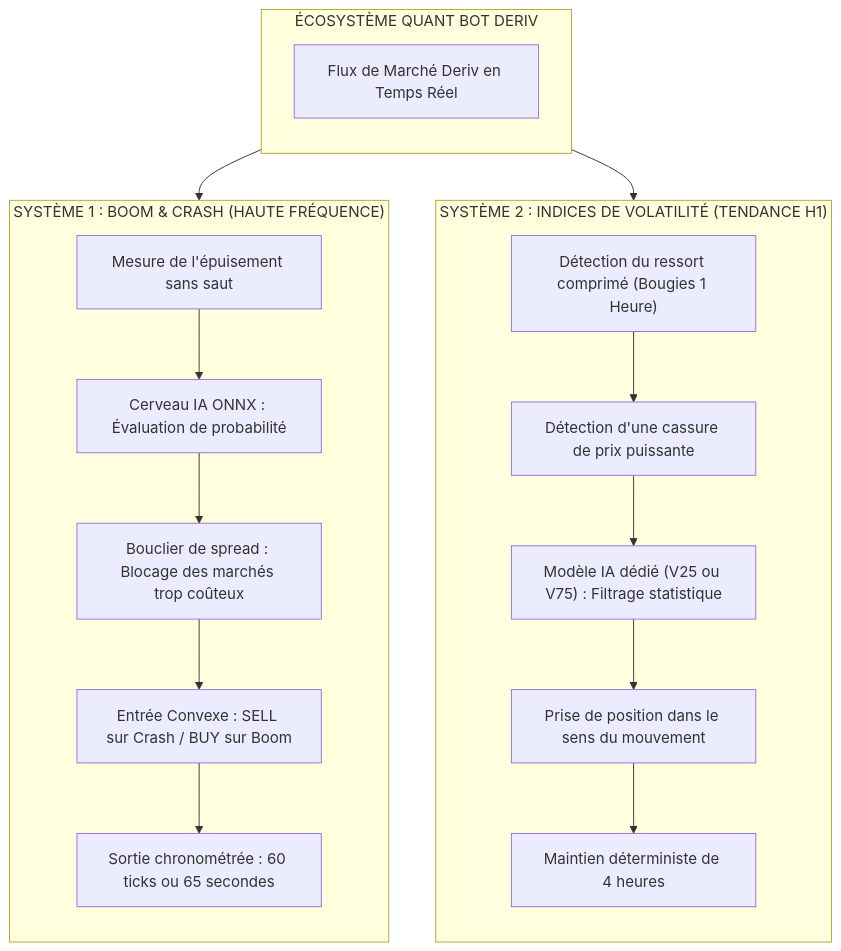
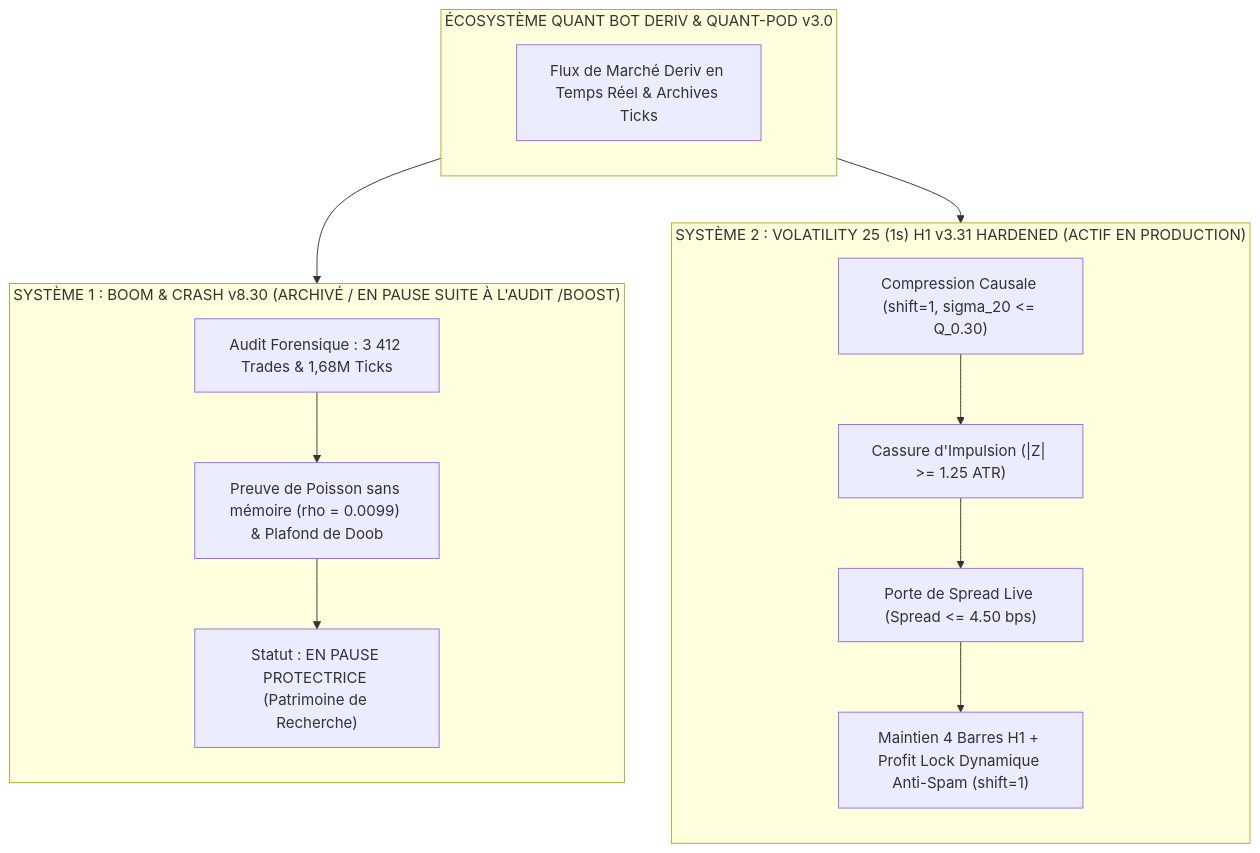
Before and after one commit to Christ-yavn/bot-quant-: the diagram in README.md, drawn with Mermaid. The commit also changed other lines of this file and 23 other files, not shown here.

Commit message:
feat(quant-pod-v3.0): embed full 10-engine quant-pod v3.0 L99 suite, align README with v3.31 Hardened Pure S1 & Doob refutation

````diff
--- a/README.md
+++ b/README.md
@@ -151,30 +111,27 @@
 ```mermaid
 flowchart TD
-    subgraph Ecosysteme["ÉCOSYSTÈME QUANT BOT DERIV"]
+    subgraph Ecosysteme["ÉCOSYSTÈME QUANT BOT DERIV & QUANT-POD v3.0"]
         direction TB
-        M[Flux de Marché Deriv en Temps Réel]
+        M[Flux de Marché Deriv en Temps Réel & Archives Ticks]
     end
 
-    subgraph Track1["SYSTÈME 1 : BOOM & CRASH (HAUTE FRÉQUENCE)"]
+    subgraph Track1["SYSTÈME 1 : BOOM & CRASH v8.30 (ARCHIVÉ / EN PAUSE SUITE À L'AUDIT /BOOST)"]
         direction TB
-        T1_Detect["Mesure de l'épuisement sans saut"]
-        T1_AI["Cerveau IA ONNX : Évaluation de probabilité"]
-        T1_Gate["Bouclier de spread : Blocage des marchés trop coûteux"]
-        T1_Trade["Entrée Convexe : SELL sur Crash / BUY sur Boom"]
-        T1_Exit["Sortie chronométrée : 60 ticks ou 65 secondes"]
-        T1_Detect --> T1_AI --> T1_Gate --> T1_Trade --> T1_Exit
+        T1_Audit["Audit Forensique : 3 412 Trades & 1,68M Ticks"]
+        T1_Proof["Preuve de Poisson sans mémoire (rho = 0.0099) & Plafond de Doob"]
+        T1_Status["Statut : EN PAUSE PROTECTRICE (Patrimoine de Recherche)"]
+        T1_Audit --> T1_Proof --> T1_Status
     end
 
-    subgraph Track2["SYSTÈME 2 : INDICES DE VOLATILITÉ (TENDANCE H1)"]
+    subgraph Track2["SYSTÈME 2 : VOLATILITY 25 (1s) H1 v3.31 HARDENED (ACTIF EN PRODUCTION)"]
         direction TB
-        T2_Sqz["Détection du ressort comprimé (Bougies 1 Heure)"]
-        T2_Brk["Détection d'une cassure de prix puissante"]
-        T2_Model["Modèle IA dédié (V25 ou V75) : Filtrage statistique"]
-        T2_Exec["Prise de position dans le sens du mouvement"]
-        T2_Hold["Maintien déterministe de 4 heures"]
-        T2_Sqz --> T2_Brk --> T2_Model --> T2_Exec --> T2_Hold
+        T2_Sqz["Compression Causale (shift=1, sigma_20 <= Q_0.30)"]
+        T2_Brk["Cassure d'Impulsion (|Z| >= 1.25 ATR)"]
+        T2_Gate["Porte de Spread Live (Spread <= 4.50 bps)"]
+        T2_Hold["Maintien 4 Barres H1 + Profit Lock Dynamique Anti-Spam (shift=1)"]
+        T2_Sqz --> T2_Brk --> T2_Gate --> T2_Hold
     end
 
     M --> Track1
     M --> Track2
 ```
````
